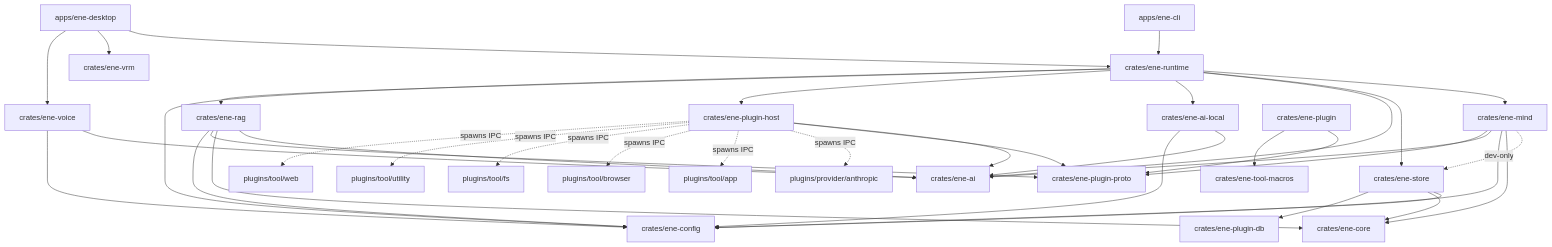
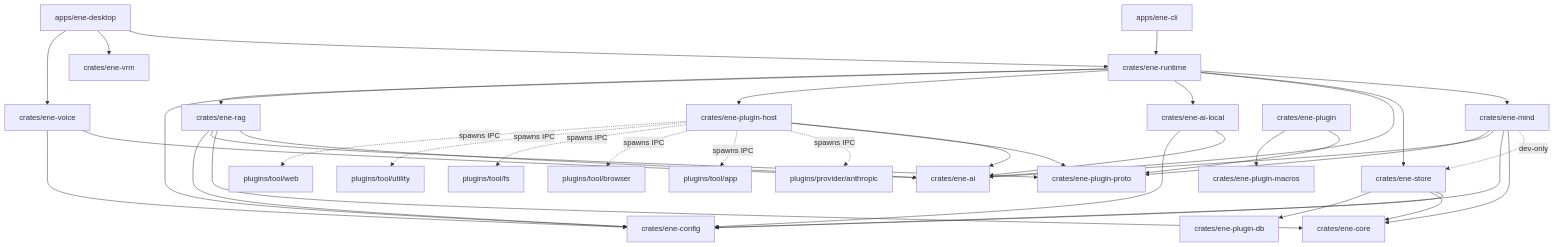
The diagram in docs/architecture.md (pexisgle/ene), drawn with Mermaid before and after one commit. The commit also changed other lines of this file and 19 other files, not shown here.

Commit message:
refactor(macros): rename ene-tool-macros to ene-plugin-macros

````diff
--- a/docs/architecture.md
+++ b/docs/architecture.md
@@ -22,49 +22,49 @@
 ```mermaid
 flowchart TD
   Desktop[apps/ene-desktop] --> Runtime[crates/ene-runtime]
   Desktop --> Vrm[crates/ene-vrm]
   Desktop --> Voice[crates/ene-voice]
   CLI[apps/ene-cli] --> Runtime
 
   Runtime --> Mind[crates/ene-mind]
   Runtime --> Store[crates/ene-store]
   Runtime --> Ai[crates/ene-ai]
   Runtime --> AiLocal[crates/ene-ai-local]
   Runtime --> ToolHost[crates/ene-plugin-host]
   Runtime --> Rag[crates/ene-rag]
   Runtime --> Config[crates/ene-config]
 
   Mind -.dev-only.-> Store
   Mind --> Core[crates/ene-core]
   Mind --> Config
   Mind --> Ai
   Mind --> Proto[crates/ene-plugin-proto]
 
   ToolHost --> Ai
   ToolHost --> Proto
 
   AiLocal --> Ai
   AiLocal --> Config
 
   Voice --> Ai
   Voice --> Config
 
   Rag --> Ai
   Rag --> Core
   Rag --> Proto
   Rag --> Config
 
   Store --> Config
   Store --> Core
   Store --> PluginDb[crates/ene-plugin-db]
 
   Tool[crates/ene-plugin] --> Proto
-  Tool --> Macros[crates/ene-tool-macros]
+  Tool --> Macros[crates/ene-plugin-macros]
 
   ToolHost -.spawns IPC.-> Anthropic[plugins/provider/anthropic]
   ToolHost -.spawns IPC.-> ToolApp[plugins/tool/app]
   ToolHost -.spawns IPC.-> ToolBrowser[plugins/tool/browser]
   ToolHost -.spawns IPC.-> ToolFs[plugins/tool/fs]
   ToolHost -.spawns IPC.-> ToolUtil[plugins/tool/utility]
   ToolHost -.spawns IPC.-> ToolWeb[plugins/tool/web]
 ```
````
